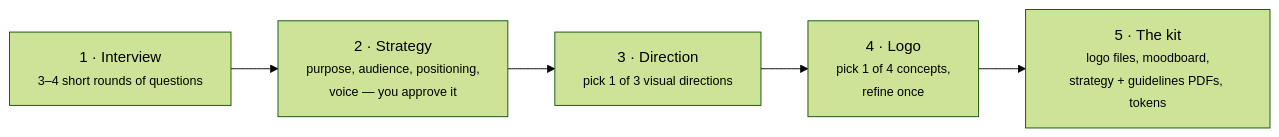
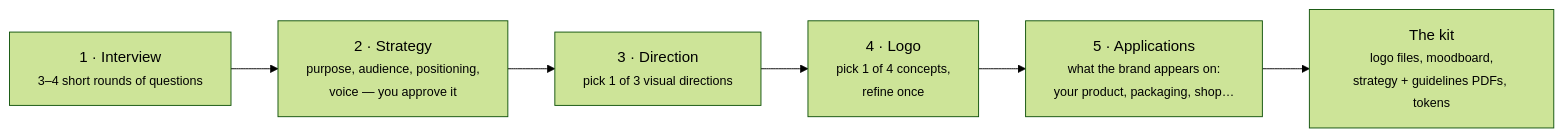
Before and after one commit to mchine-ltda/claude-brand-kit: the diagram in README.md, drawn with Mermaid (forest theme). The commit also changed other lines of this file and 35 other files, not shown here.

First line of the commit message:
Applications: the brand on what each business really makes and sells

````diff
--- a/README.md
+++ b/README.md
@@ -33,7 +34,8 @@
 ```mermaid
 flowchart LR
   A["1 · Interview<br/><small>3–4 short rounds of questions</small>"] --> B["2 · Strategy<br/><small>purpose, audience, positioning,<br/>voice — you approve it</small>"]
   B --> C["3 · Direction<br/><small>pick 1 of 3 visual directions</small>"]
   C --> D["4 · Logo<br/><small>pick 1 of 4 concepts,<br/>refine once</small>"]
-  D --> E["5 · The kit<br/><small>logo files, moodboard,<br/>strategy + guidelines PDFs, tokens</small>"]
+  D --> E["5 · Applications<br/><small>what the brand appears on:<br/>your product, packaging, shop…</small>"]
+  E --> F["The kit<br/><small>logo files, moodboard,<br/>strategy + guidelines PDFs, tokens</small>"]
 ```
````
